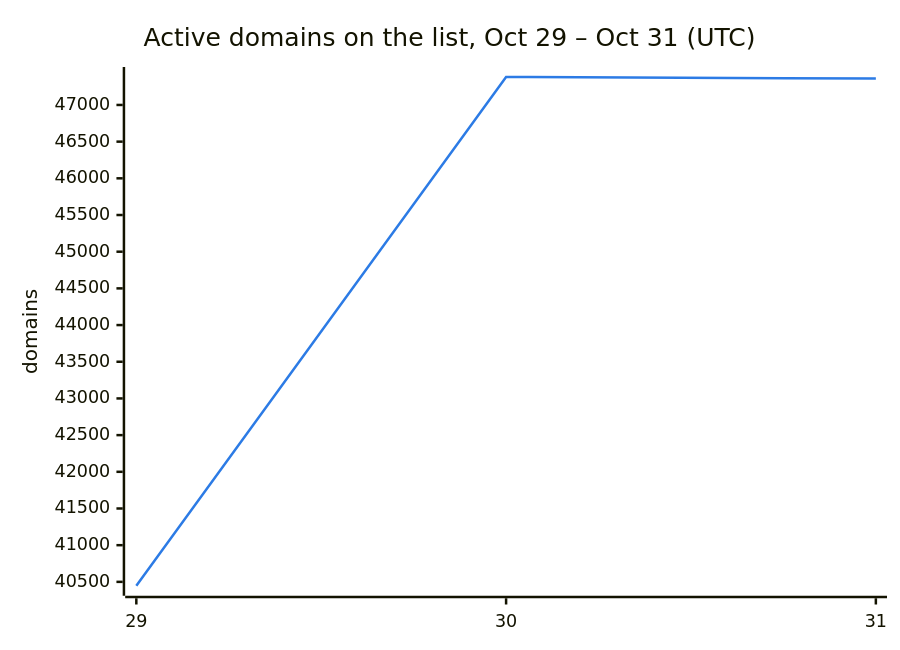
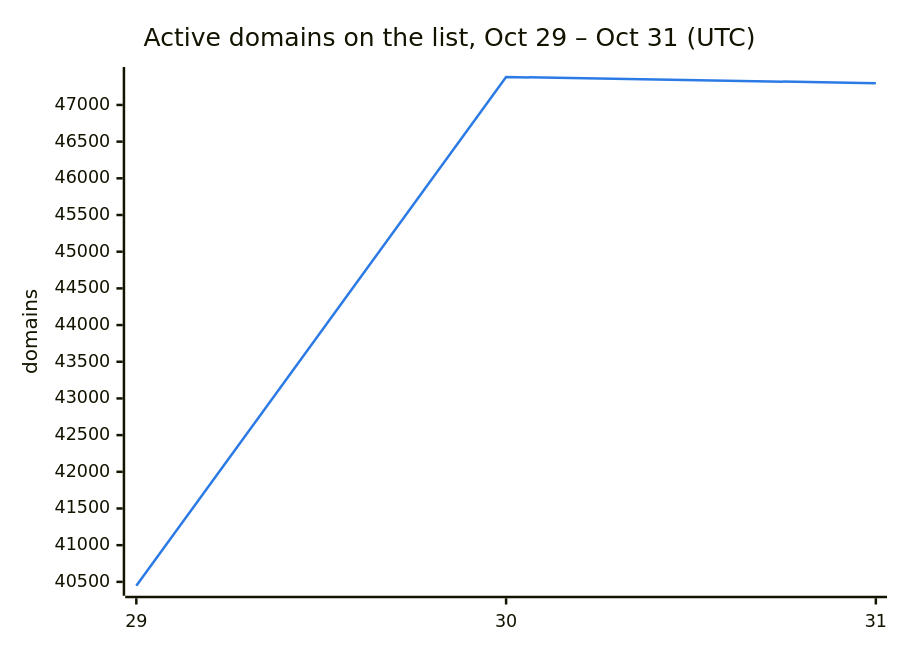
One commit to DNSBunker/CTI changed the second of 3 diagrams in README.md. Above: the diagram before and after it, drawn with Mermaid. The commit also changed other lines of this file and 3 other files, not shown here.

````diff
--- a/README.md
+++ b/README.md
@@ -38,8 +38,8 @@
 ```mermaid
 %%{init: {"themeVariables": {"xyChart": {"plotColorPalette": "#2c7be5"}}}}%%
 xychart-beta
     title "Active domains on the list, Oct 29 – Oct 31 (UTC)"
     x-axis ["29", "30", "31"]
     y-axis "domains"
-    line [40447, 47381, 47360]
+    line [40447, 47381, 47297]
 ```
````
